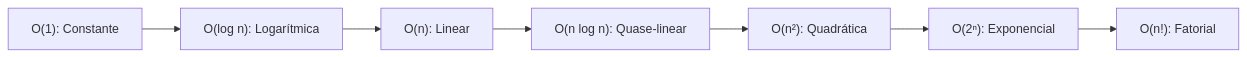
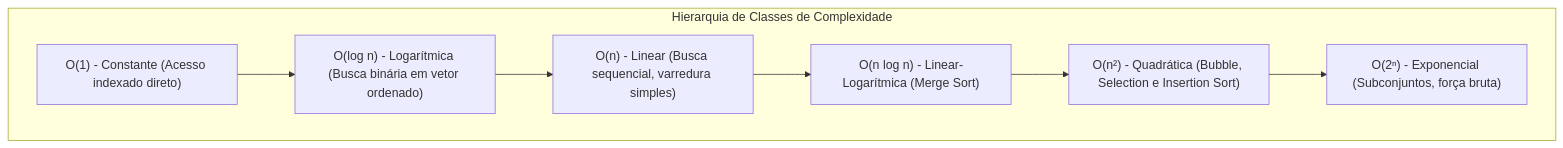
One commit to murilolol/unifef changed the ninth of 27 diagrams in 4º Semestre/[Prof. Wesley Soares] Estrutura de Dados I/Resumos-IA/Caderno-Consolidado.md. Above: the diagram before and after it, drawn with Mermaid. The commit also changed other lines of this file and 58 other files, not shown here.

````diff
--- a/4º Semestre/[Prof. Wesley Soares] Estrutura de Dados I/Resumos-IA/Caderno-Consolidado.md
+++ b/4º Semestre/[Prof. Wesley Soares] Estrutura de Dados I/Resumos-IA/Caderno-Consolidado.md
@@ -549,9 +447,12 @@
 ```mermaid
-flowchart LR
-    C1["O(1): Constante"] --> C2["O(log n): Logarítmica"]
-    C2 --> C3["O(n): Linear"]
-    C3 --> C4["O(n log n): Quase-linear"]
-    C4 --> C5["O(n²): Quadrática"]
-    C5 --> C6["O(2ⁿ): Exponencial"]
-    C6 --> C7["O(n!): Fatorial"]
+flowchart TD
+  subgraph Classes["Hierarquia de Classes de Complexidade"]
+    C_Const["O(1) - Constante (Acesso indexado direto)"]
+    C_Log["O(log n) - Logarítmica (Busca binária em vetor ordenado)"]
+    C_Lin["O(n) - Linear (Busca sequencial, varredura simples)"]
+    C_LinLog["O(n log n) - Linear-Logarítmica (Merge Sort)"]
+    C_Quad["O(n²) - Quadrática (Bubble, Selection e Insertion Sort)"]
+    C_Exp["O(2ⁿ) - Exponencial (Subconjuntos, força bruta)"]
+  end
+  C_Const --> C_Log --> C_Lin --> C_LinLog --> C_Quad --> C_Exp
 ```
````
